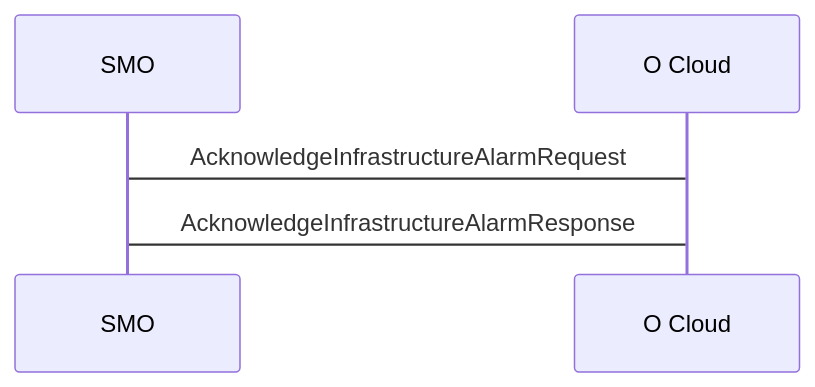
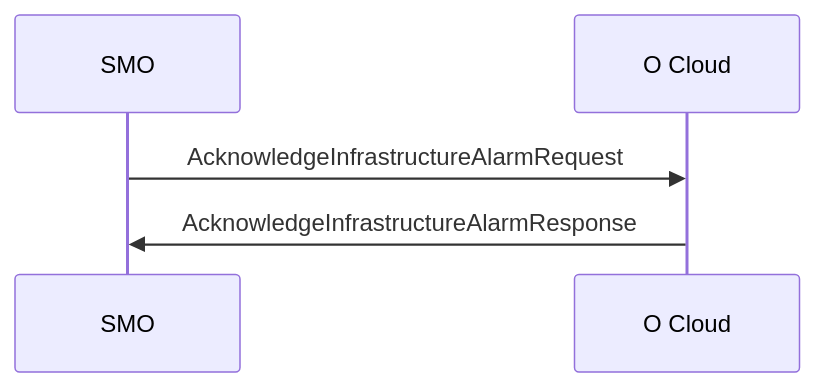
Before and after one commit to NTUST-BMW-Lab/documentation-book: the fourth of 7 diagrams in O-RAN/O2 Interface/2_O2ims_Services.md, drawn with Mermaid. The commit also changed other lines of this file, not shown here.

````diff
--- a/O-RAN/O2 Interface/2_O2ims_Services.md
+++ b/O-RAN/O2 Interface/2_O2ims_Services.md
@@ -248,5 +248,5 @@
 ```mermaid
 sequenceDiagram
-SMO->O Cloud: AcknowledgeInfrastructureAlarmRequest
-O Cloud->SMO: AcknowledgeInfrastructureAlarmResponse
+SMO->>O Cloud: AcknowledgeInfrastructureAlarmRequest
+O Cloud->>SMO: AcknowledgeInfrastructureAlarmResponse
 ```
````
